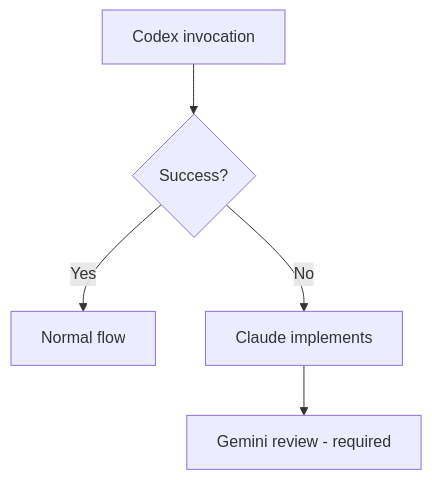
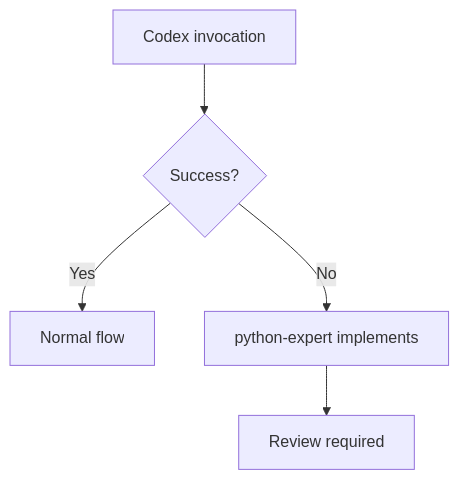
The diagram in skills/python-dev/SKILL.md (ksterx/claude-code-configs), drawn with Mermaid before and after one commit. The commit also changed other lines of this file and 8 other files, not shown here.

````diff
--- a/skills/python-dev/SKILL.md
+++ b/skills/python-dev/SKILL.md
@@ -53,7 +108,7 @@
 ```mermaid
 graph TD
     A[Codex invocation] --> B{Success?}
     B -->|Yes| C[Normal flow]
-    B -->|No| D[Claude implements]
-    D --> E[Gemini review - required]
+    B -->|No| D[python-expert implements]
+    D --> E[Review required]
 ```
````
